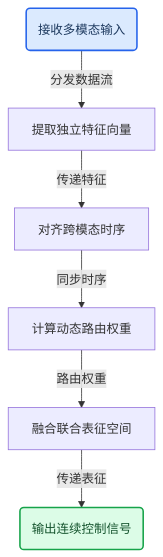
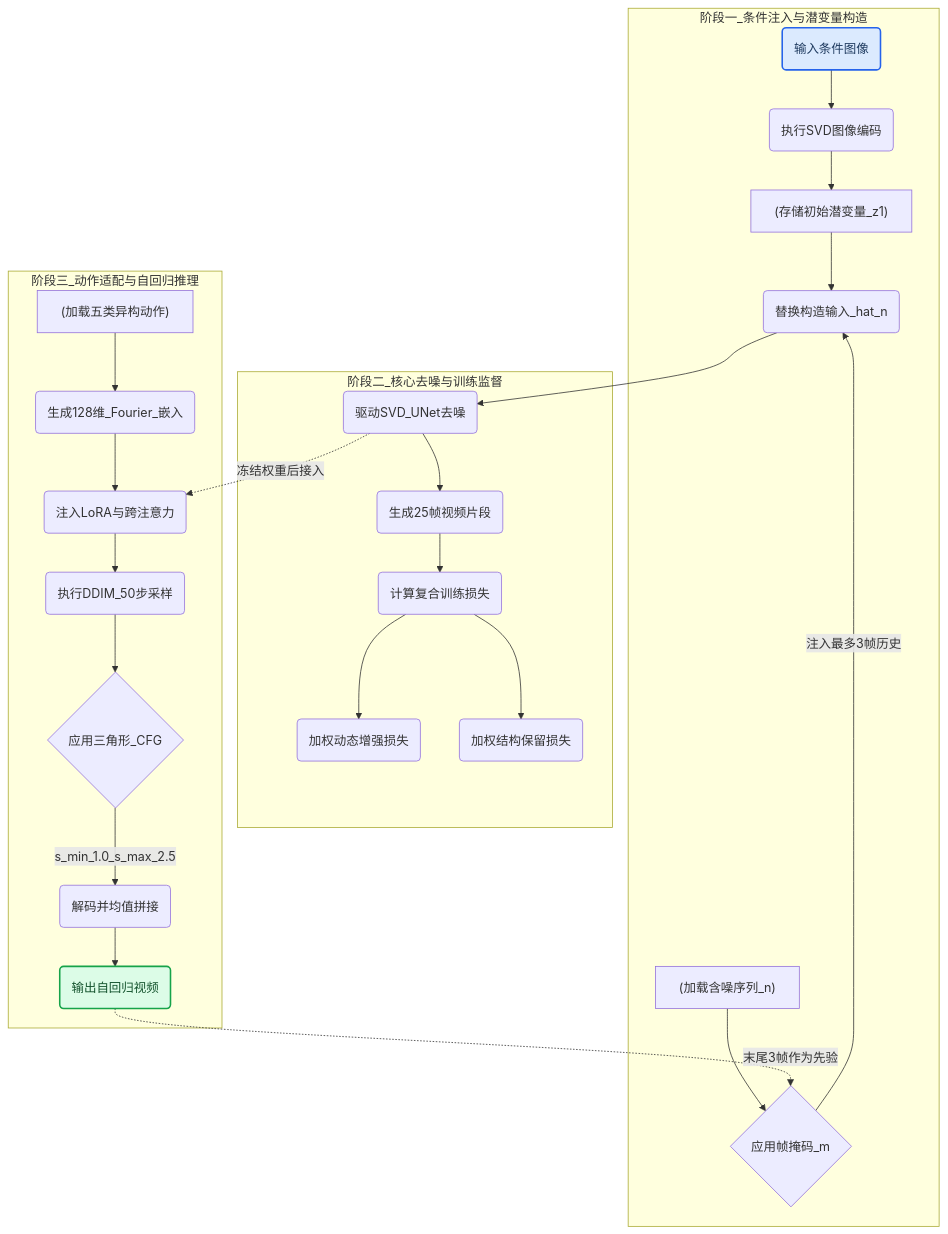
One commit to ShinewineW/paper-rolling changed the third of 10 diagrams in person_vault/2026-06-08_Vista_2405.17398/report.md. Above: the diagram before and after it, drawn with Mermaid. The commit also changed other lines of this file and 51 other files, not shown here.

````diff
--- a/person_vault/2026-06-08_Vista_2405.17398/report.md
+++ b/person_vault/2026-06-08_Vista_2405.17398/report.md
@@ -114,19 +174,33 @@
 ```mermaid
 flowchart TB
-    start_node(接收多模态输入):::required
-    encode_step["提取独立特征向量"]
-    align_step["对齐跨模态时序"]
-    route_step["计算动态路由权重"]
-    fuse_step["融合联合表征空间"]
-    end_node(输出连续控制信号):::output
+  subgraph 阶段一_条件注入与潜变量构造
+    A(输入条件图像):::required --> B(执行SVD图像编码)
+    B --> C["(存储初始潜变量_z1)"]
+    D["(加载含噪序列_n)"] --> E{应用帧掩码_m}
+    E -->|注入最多3帧历史| F(替换构造输入_hat_n)
+    C --> F
+  end
 
-    start_node -->|分发数据流| encode_step
-    encode_step -->|传递特征| align_step
-    align_step -->|同步时序| route_step
-    route_step -->|路由权重| fuse_step
-    fuse_step -->|传递表征| end_node
+  subgraph 阶段二_核心去噪与训练监督
+    F --> G(驱动SVD_UNet去噪)
+    G --> H(生成25帧视频片段)
+    H --> I(计算复合训练损失)
+    I --> J(加权动态增强损失)
+    I --> K(加权结构保留损失)
+  end
 
-    classDef required fill:#dbeafe,stroke:#2563eb,stroke-width:2px,color:#1e3a5f
-    classDef output fill:#dcfce7,stroke:#16a34a,stroke-width:2px,color:#14532d
-    classDef optional fill:#fef9c3,stroke:#ca8a04,stroke-width:2px,color:#713f12
+  subgraph 阶段三_动作适配与自回归推理
+    L["(加载五类异构动作)"] --> M(生成128维_Fourier_嵌入)
+    M --> N(注入LoRA与跨注意力)
+    G -.冻结权重后接入.-> N
+    N --> O(执行DDIM_50步采样)
+    O --> P{应用三角形_CFG}
+    P -->|s_min_1.0_s_max_2.5| Q(解码并均值拼接)
+    Q --> R(输出自回归视频):::output
+    R -.末尾3帧作为先验.-> E
+  end
+
+  classDef required fill:#dbeafe,stroke:#2563eb,stroke-width:2px,color:#1e3a5f
+  classDef output fill:#dcfce7,stroke:#16a34a,stroke-width:2px,color:#14532d
+  classDef optional fill:#fef9c3,stroke:#ca8a04,stroke-width:2px,color:#713f12
 ```
````
